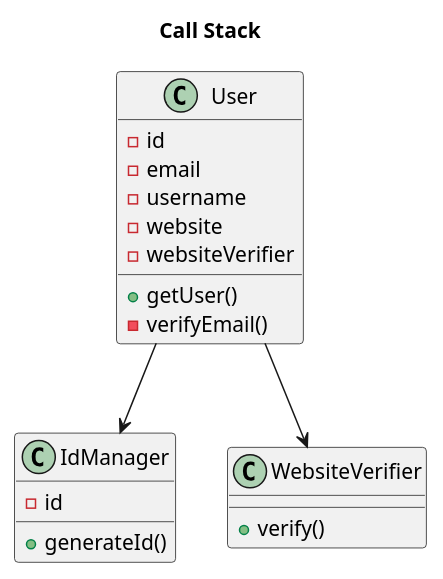
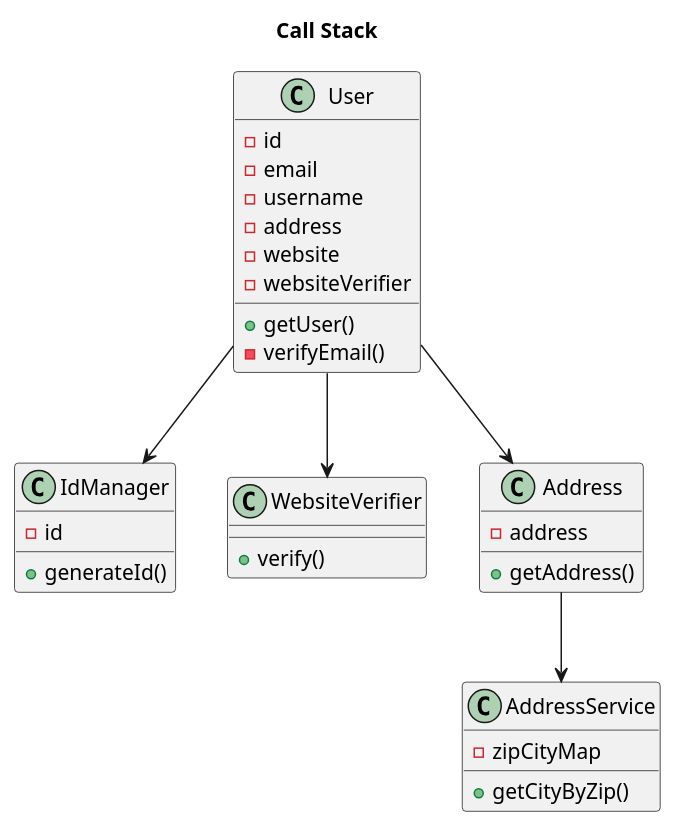
Before and after one commit to artiphishle/ankh-uml: the diagram in uml.puml, drawn with PlantUML. The commit also changed 1 other file, not shown here.

```diff
--- a/uml.puml
+++ b/uml.puml
@@ -1,30 +1,45 @@
 @startuml ankh-uml
 title Call Stack
 
 class IdManager
 {
   -id
   +generateId()
 }
 
 class WebsiteVerifier
 {
   +verify()
 }
 
+class AddressService
+{
+  -zipCityMap
+  +getCityByZip()
+}
+
+class Address
+{
+  -address
+  +getAddress()
+}
+
 class User
 {
   -id
   -email
   -username
+  -address
   -website
   -websiteVerifier
   +getUser()
   -verifyEmail()
 }
 
 
+Address --> AddressService
 User --> IdManager
 User --> WebsiteVerifier
+User --> Address
 
 @enduml
```
